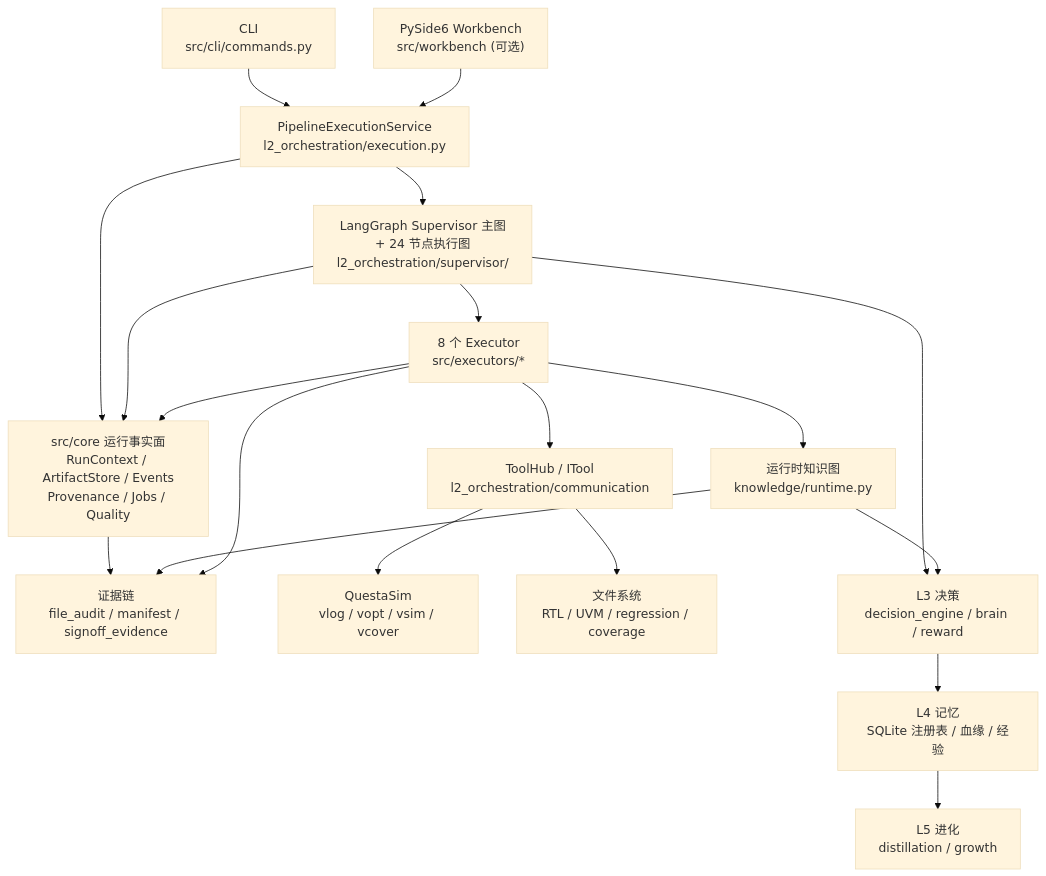
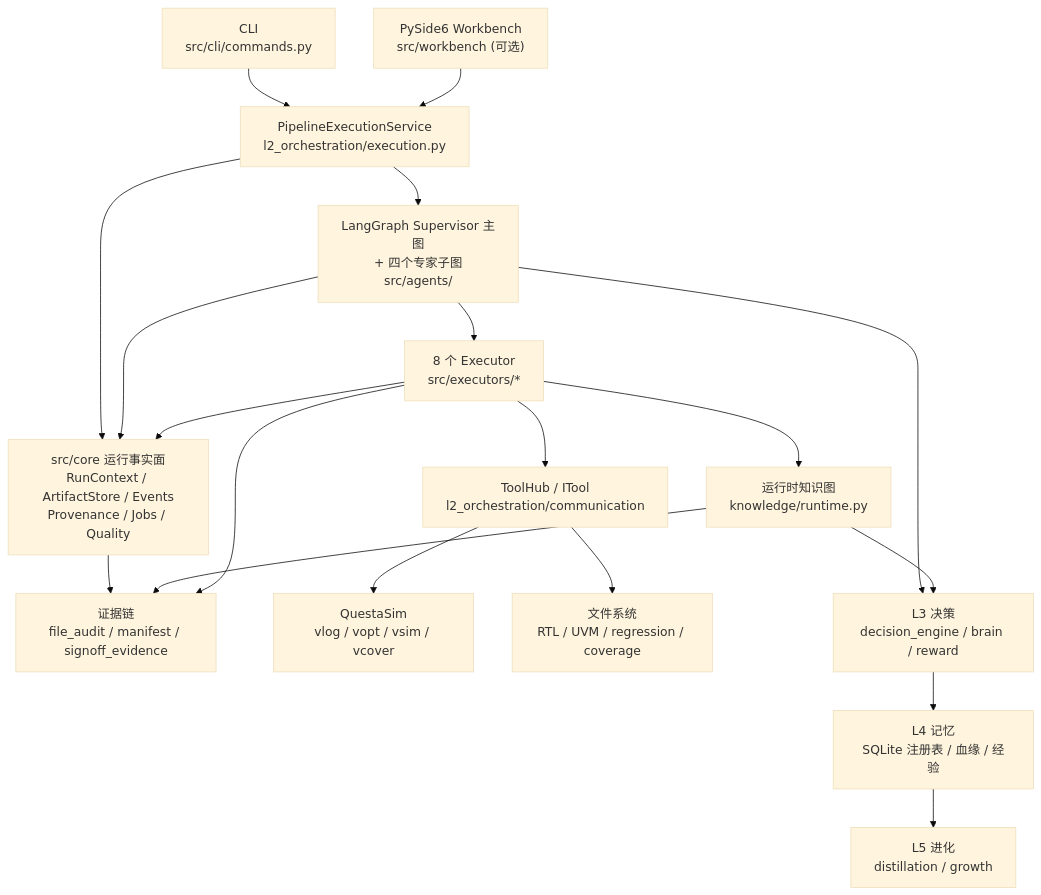
The diagram in ARCHITECTURE.md (jiangqingliu88/langchaingraph_cdv), drawn with Mermaid (base theme) before and after one commit. The commit also changed other lines of this file and 70 other files, not shown here.

````diff
--- a/ARCHITECTURE.md
+++ b/ARCHITECTURE.md
@@ -259,22 +259,22 @@
 ```mermaid
 flowchart TB
     CLI["CLI<br/>src/cli/commands.py"] --> SVC["PipelineExecutionService<br/>l2_orchestration/execution.py"]
     GUI["PySide6 Workbench<br/>src/workbench (可选)"] --> SVC
 
-    SVC --> GRAPH["LangGraph Supervisor 主图<br/>+ 24 节点执行图<br/>l2_orchestration/supervisor/"]
+    SVC --> GRAPH["LangGraph Supervisor 主图<br/>+ 四个专家子图<br/>src/agents/"]
     SVC --> CORE["src/core 运行事实面<br/>RunContext / ArtifactStore / Events<br/>Provenance / Jobs / Quality"]
     GRAPH --> CORE
     EXEC --> CORE
     CORE --> EVID
     GRAPH --> EXEC["8 个 Executor<br/>src/executors/*"]
     EXEC --> TOOLS["ToolHub / ITool<br/>l2_orchestration/communication"]
     TOOLS --> EDA["QuestaSim<br/>vlog / vopt / vsim / vcover"]
     TOOLS --> FS["文件系统<br/>RTL / UVM / regression / coverage"]
     GRAPH --> DEC["L3 决策<br/>decision_engine / brain / reward"]
     EXEC --> KG["运行时知识图<br/>knowledge/runtime.py"]
     KG --> DEC
     KG --> EVID
     DEC --> MEM["L4 记忆<br/>SQLite 注册表 / 血缘 / 经验"]
     MEM --> EVO["L5 进化<br/>distillation / growth"]
     EXEC --> EVID["证据链<br/>file_audit / manifest / signoff_evidence"]
 ```
````
